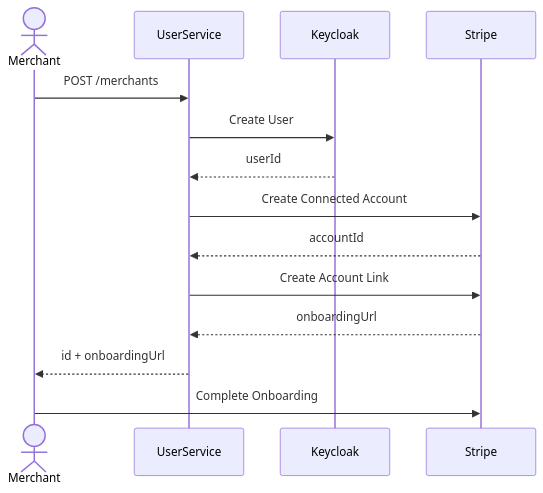
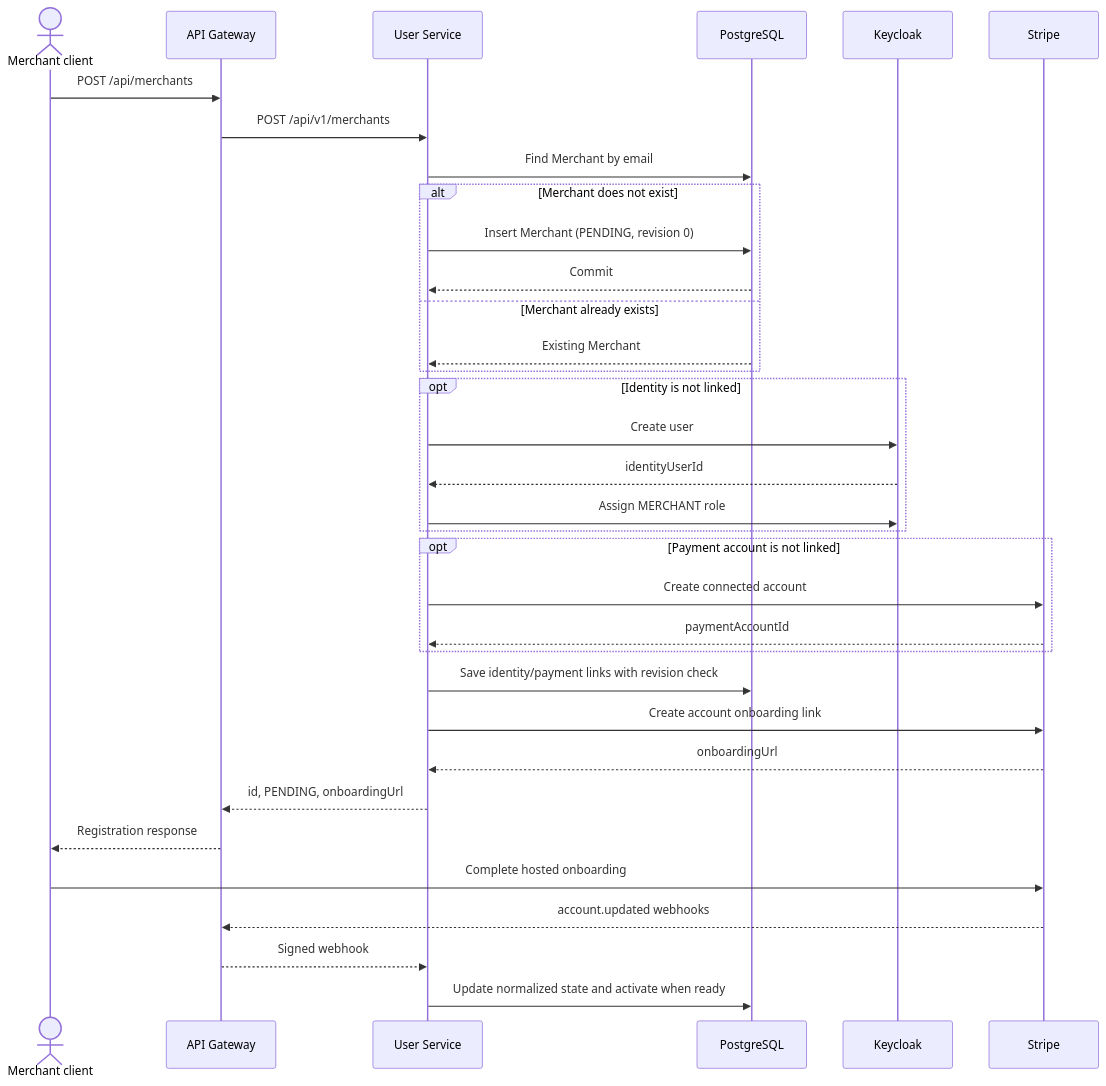
The diagram in docs/architecture/user-service/registration-sequence.md (craftsman-arch/payguard), drawn with Mermaid before and after one commit. The commit also changed other lines of this file and 4 other files, not shown here.

Commit message:
docs(user-service): align architecture with merchant readiness flow

````diff
--- a/docs/architecture/user-service/registration-sequence.md
+++ b/docs/architecture/user-service/registration-sequence.md
@@ -3,29 +3,42 @@
 ```mermaid
 sequenceDiagram
+    actor Client as Merchant client
+    participant API as API Gateway
+    participant Registration as User Service
+    participant DB as PostgreSQL
+    participant Keycloak
+    participant Stripe
 
-actor Merchant
+    Client->>API: POST /api/merchants
+    API->>Registration: POST /api/v1/merchants
 
-participant UserService
+    Registration->>DB: Find Merchant by email
+    alt Merchant does not exist
+        Registration->>DB: Insert Merchant (PENDING, revision 0)
+        DB-->>Registration: Commit
+    else Merchant already exists
+        DB-->>Registration: Existing Merchant
+    end
 
-participant Keycloak
+    opt Identity is not linked
+        Registration->>Keycloak: Create user
+        Keycloak-->>Registration: identityUserId
+        Registration->>Keycloak: Assign MERCHANT role
+    end
 
-participant Stripe
+    opt Payment account is not linked
+        Registration->>Stripe: Create connected account
+        Stripe-->>Registration: paymentAccountId
+    end
 
-Merchant->>UserService: POST /merchants
+    Registration->>DB: Save identity/payment links with revision check
+    Registration->>Stripe: Create account onboarding link
+    Stripe-->>Registration: onboardingUrl
+    Registration-->>API: id, PENDING, onboardingUrl
+    API-->>Client: Registration response
 
-UserService->>Keycloak: Create User
-
-Keycloak-->>UserService: userId
-
-UserService->>Stripe: Create Connected Account
-
-Stripe-->>UserService: accountId
-
-UserService->>Stripe: Create Account Link
-
-Stripe-->>UserService: onboardingUrl
-
-UserService-->>Merchant: id + onboardingUrl
-
-Merchant->>Stripe: Complete Onboarding
+    Client->>Stripe: Complete hosted onboarding
+    Stripe-->>API: account.updated webhooks
+    API-->>Registration: Signed webhook
+    Registration->>DB: Update normalized state and activate when ready
 ```
````
